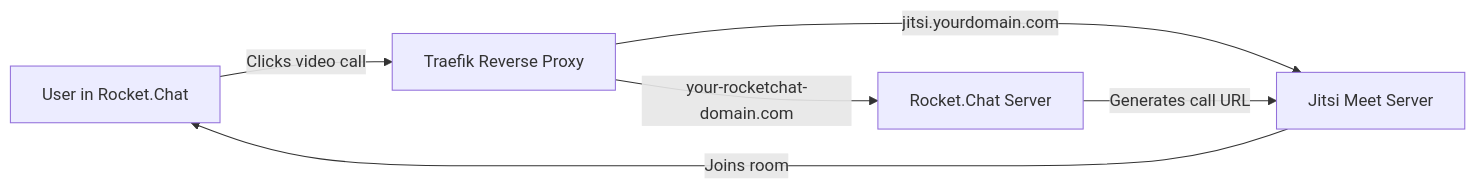
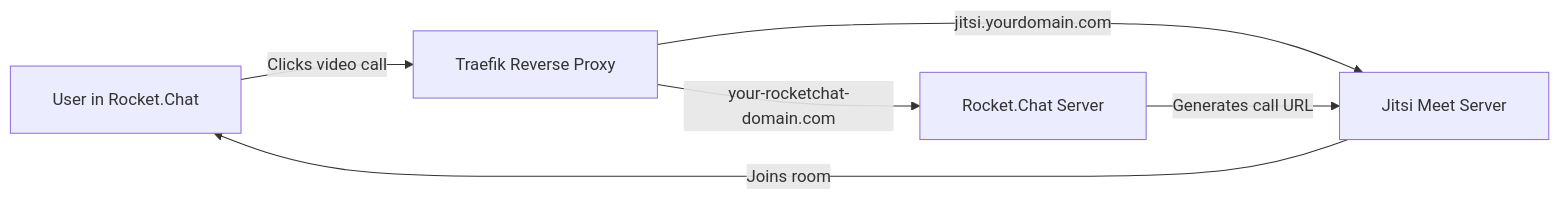
Before and after one commit to Pouya-Shaterzadeh/Pouya-Shaterzadeh.github.io: the diagram in content/docs/jitsi_rocket_chat_integration/index.md, drawn with Mermaid. The commit also changed other lines of this file, not shown here.

Commit message:
fix: remove html wrapper breaking mermaid rendering

````diff
--- a/content/docs/jitsi_rocket_chat_integration/index.md
+++ b/content/docs/jitsi_rocket_chat_integration/index.md
@@ -27,9 +26,9 @@
 ```mermaid
-%%{init: {'flowchart': {'useMaxWidth': false, 'htmlLabels': true}, 'themeVariables': {'fontSize': '16px'}}}%%
+%%{init: {'flowchart': {'useMaxWidth': true, 'htmlLabels': true, 'padding': 20}}}%%
 flowchart LR
     A[User in Rocket.Chat] -->|Clicks video call| B[Traefik Reverse Proxy]
     B -->|your-rocketchat-domain.com| C[Rocket.Chat Server]
     B -->|jitsi.yourdomain.com| D[Jitsi Meet Server]
     C -->|Generates call URL| D
     D -->|Joins room| A
 ```
````
